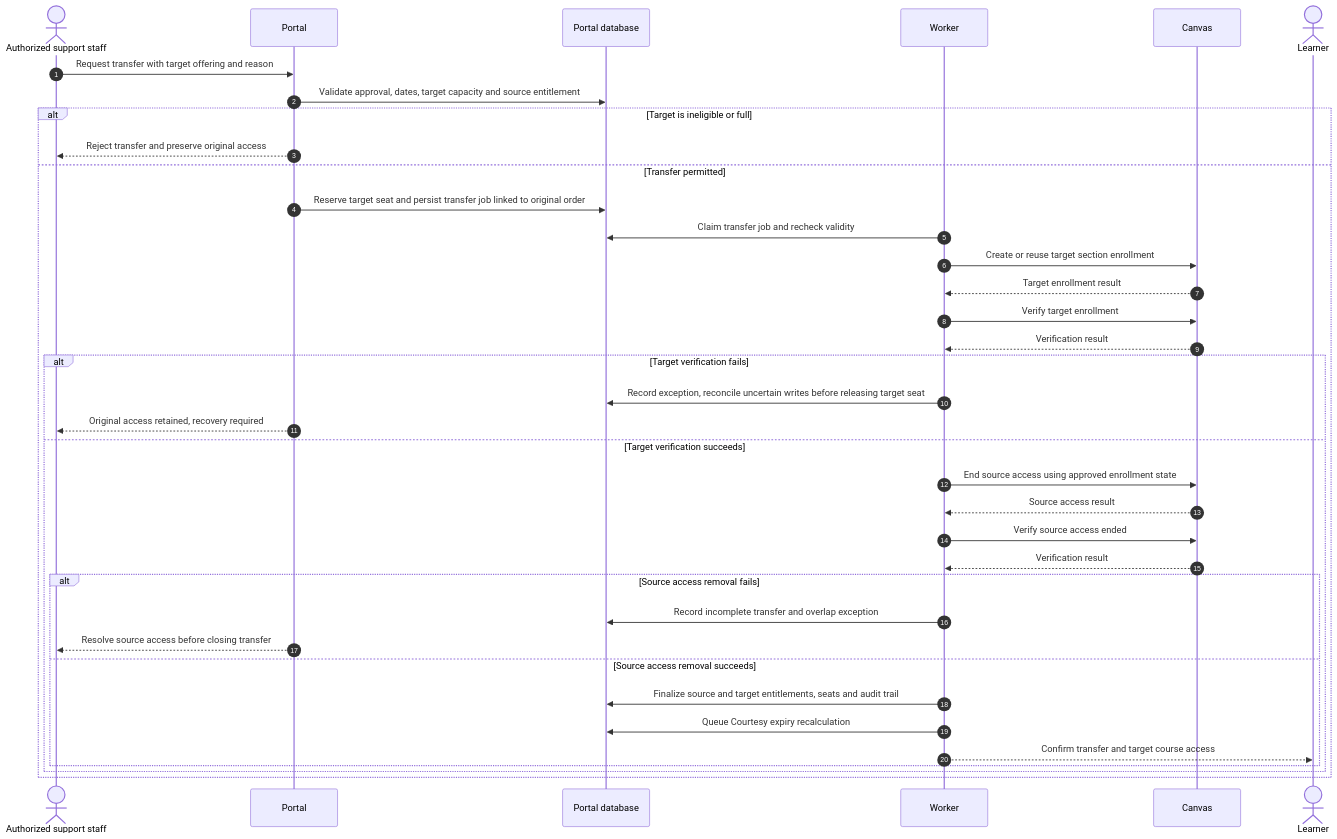
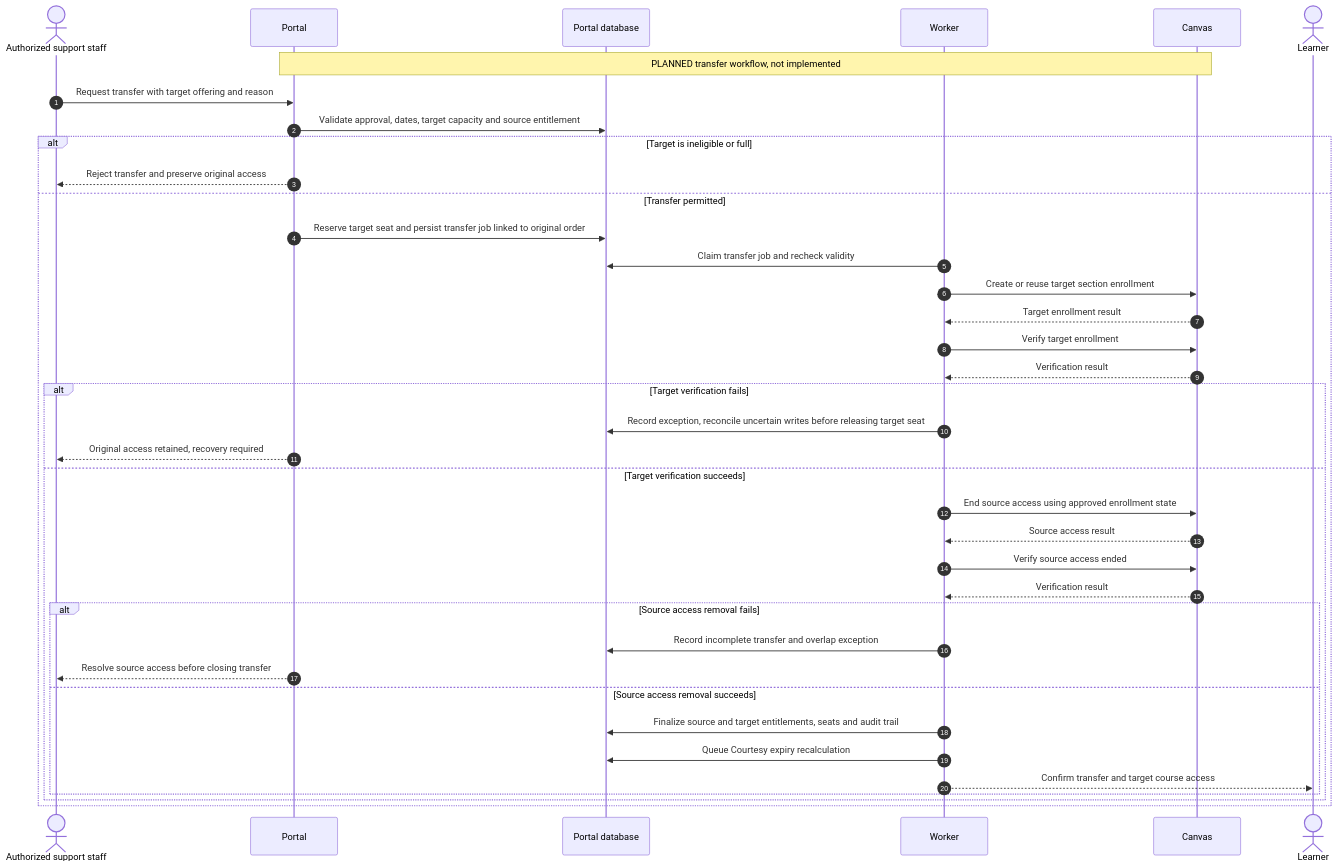
Before and after one commit to dr-grizz/Continuing-Education: diagram 11 of 14 in docs/implementation-plan.md, drawn with Mermaid. The commit also changed other lines of this file and 74 other files, not shown here.

````diff
--- a/docs/implementation-plan.md
+++ b/docs/implementation-plan.md
@@ -670,39 +779,40 @@
 ```mermaid
 sequenceDiagram
     autonumber
     actor Staff as Authorized support staff
     participant Portal
     participant DB as Portal database
     participant Worker
     participant Canvas
     actor Learner
+    Note over Portal,Canvas: PLANNED transfer workflow, not implemented
     Staff->>Portal: Request transfer with target offering and reason
     Portal->>DB: Validate approval, dates, target capacity and source entitlement
     alt Target is ineligible or full
         Portal-->>Staff: Reject transfer and preserve original access
     else Transfer permitted
         Portal->>DB: Reserve target seat and persist transfer job linked to original order
         Worker->>DB: Claim transfer job and recheck validity
         Worker->>Canvas: Create or reuse target section enrollment
         Canvas-->>Worker: Target enrollment result
         Worker->>Canvas: Verify target enrollment
         Canvas-->>Worker: Verification result
         alt Target verification fails
             Worker->>DB: Record exception, reconcile uncertain writes before releasing target seat
             Portal-->>Staff: Original access retained, recovery required
         else Target verification succeeds
             Worker->>Canvas: End source access using approved enrollment state
             Canvas-->>Worker: Source access result
             Worker->>Canvas: Verify source access ended
             Canvas-->>Worker: Verification result
             alt Source access removal fails
                 Worker->>DB: Record incomplete transfer and overlap exception
                 Portal-->>Staff: Resolve source access before closing transfer
             else Source access removal succeeds
                 Worker->>DB: Finalize source and target entitlements, seats and audit trail
                 Worker->>DB: Queue Courtesy expiry recalculation
                 Worker-->>Learner: Confirm transfer and target course access
             end
         end
     end
 ```
````
